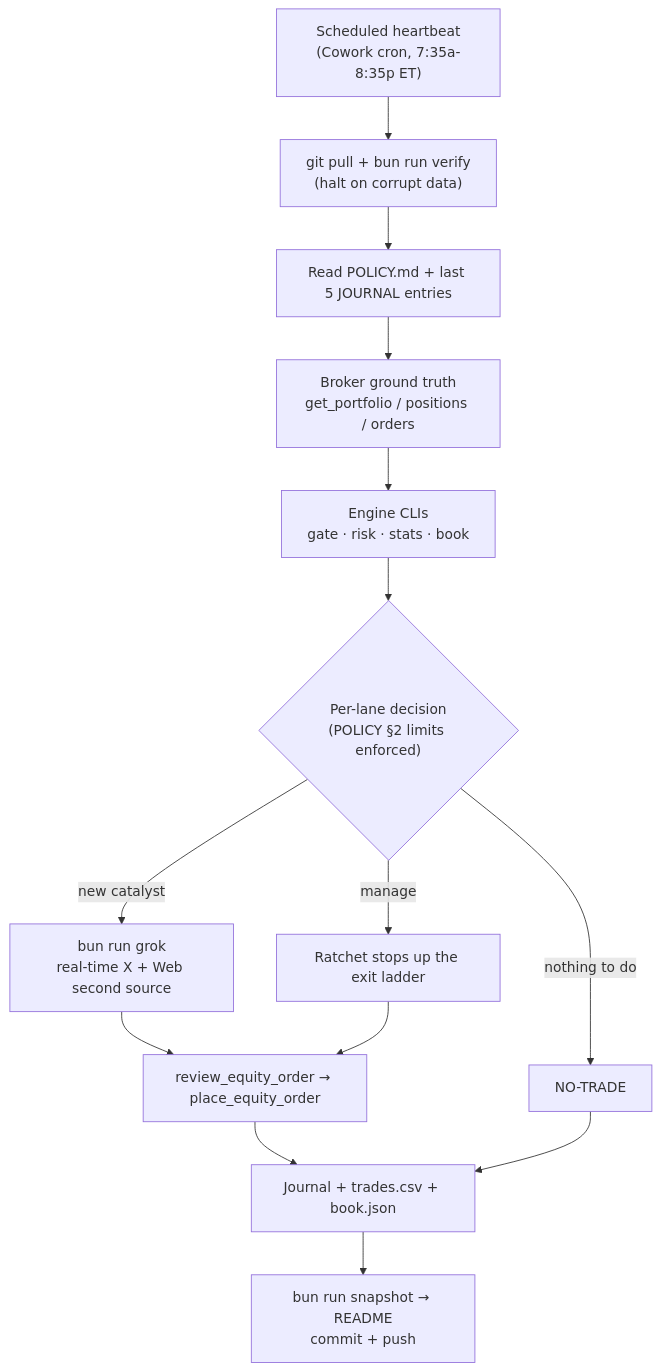
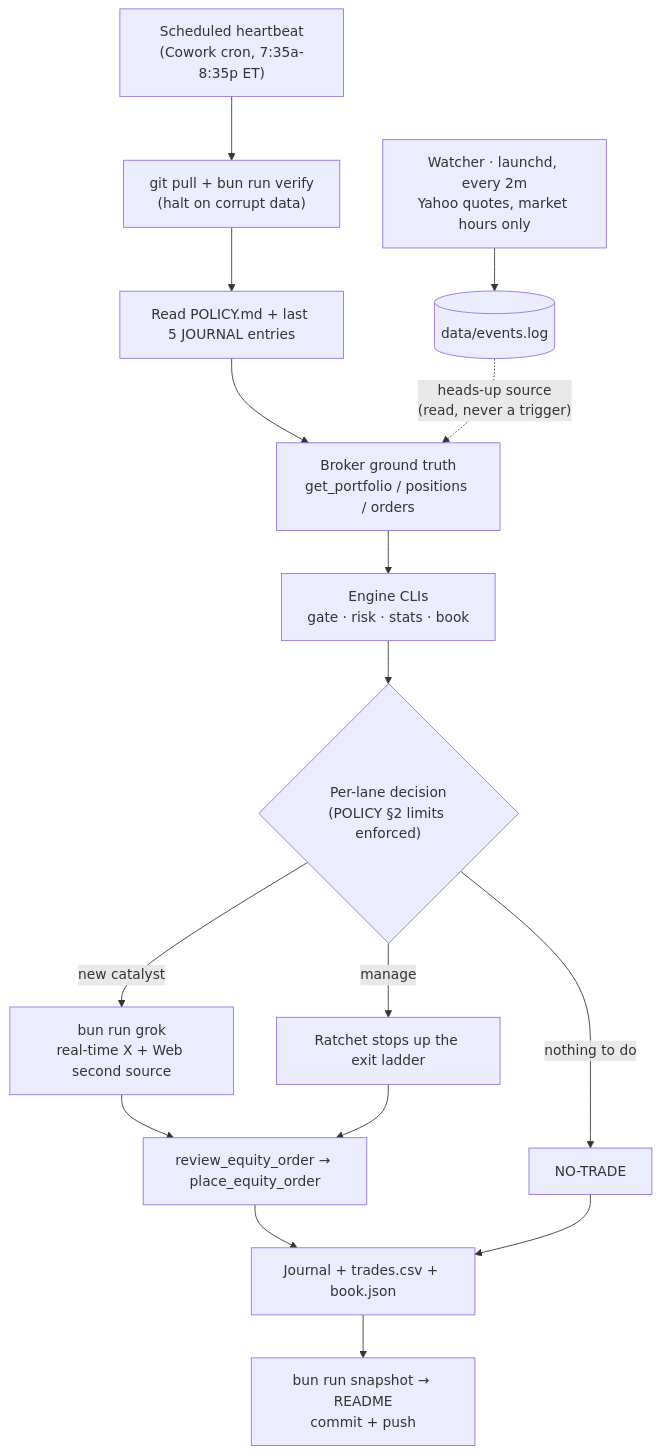
The diagram in README.md (16abhimasani/book), drawn with Mermaid before and after one commit. The commit also changed other lines of this file and 4 other files, not shown here.

First line of the commit message:
feat(watcher): market-hours guard + status view + loop interface + README visibility

````diff
--- a/README.md
+++ b/README.md
@@ -34,16 +34,18 @@
 ```mermaid
 flowchart TD
     cron["Scheduled heartbeat<br/>(Cowork cron, 7:35a-8:35p ET)"] --> sync["git pull + bun run verify<br/>(halt on corrupt data)"]
     sync --> read["Read POLICY.md + last 5 JOURNAL entries"]
     read --> truth["Broker ground truth<br/>get_portfolio / positions / orders"]
     truth --> engine["Engine CLIs<br/>gate · risk · stats · book"]
     engine --> decide{"Per-lane decision<br/>(POLICY §2 limits enforced)"}
     decide -->|"manage"| ladder["Ratchet stops up the exit ladder"]
     decide -->|"new catalyst"| grok["bun run grok<br/>real-time X + Web second source"]
     grok --> order["review_equity_order → place_equity_order"]
     ladder --> order
     decide -->|"nothing to do"| hold["NO-TRADE"]
     order --> journal["Journal + trades.csv + book.json"]
     hold --> journal
     journal --> snap["bun run snapshot → README<br/>commit + push"]
+    watcher["Watcher · launchd, every 2m<br/>Yahoo quotes, market hours only"] --> elog[("data/events.log")]
+    elog -. "heads-up source<br/>(read, never a trigger)" .-> truth
 ```
````
